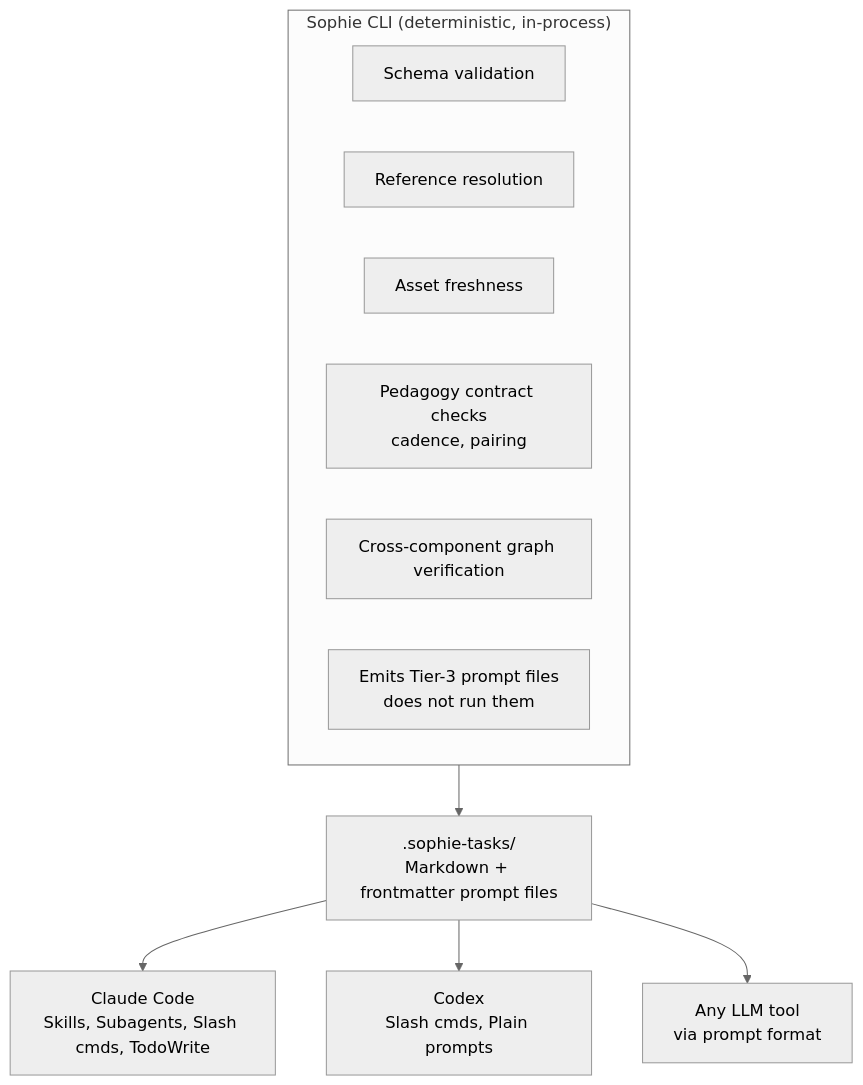
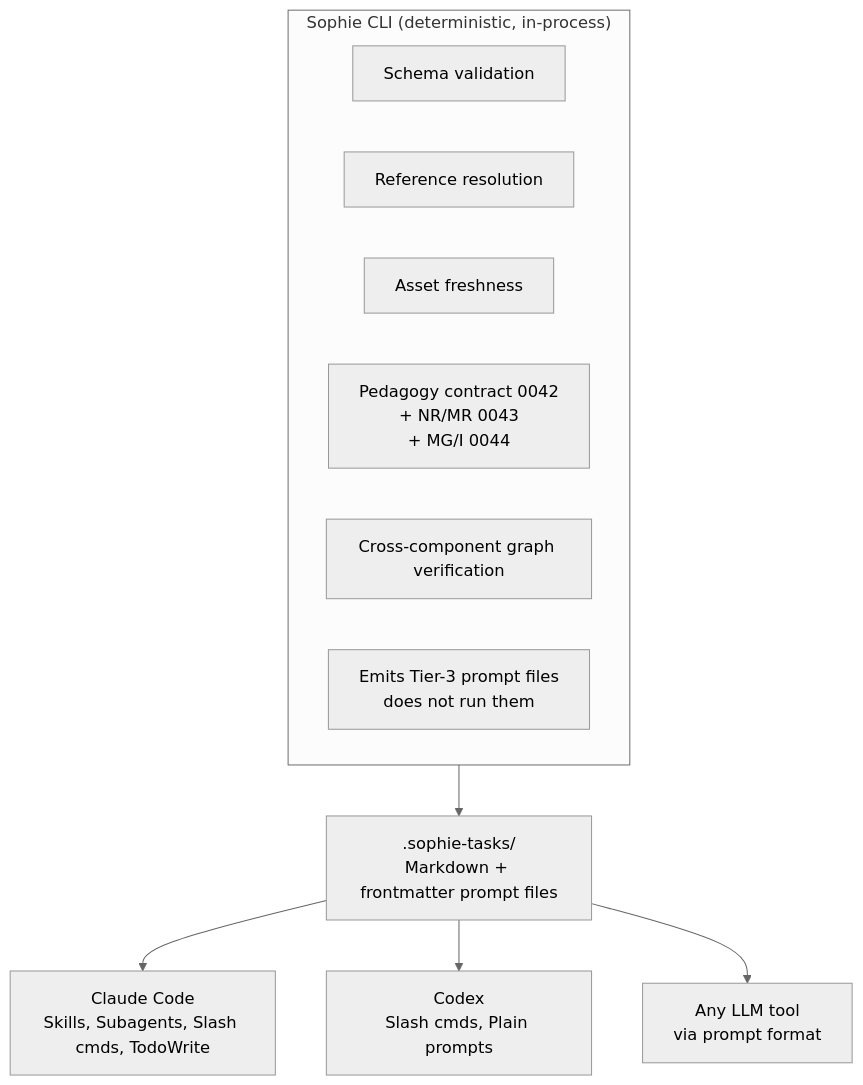
Before and after one commit to drannarosen/sophie: the diagram in docs/website/explanation/audit-and-ai-authoring.md, drawn with Mermaid (neutral theme). The commit also changed other lines of this file and 6 other files, not shown here.

````diff
--- a/docs/website/explanation/audit-and-ai-authoring.md
+++ b/docs/website/explanation/audit-and-ai-authoring.md
@@ -28,17 +28,17 @@
 ```{mermaid}
 flowchart TB
     subgraph Sophie["Sophie CLI (deterministic, in-process)"]
         S1[Schema validation]
         S2[Reference resolution]
         S3[Asset freshness]
-        S4[Pedagogy contract checks<br/>cadence, pairing]
+        S4[Pedagogy contract 0042<br/>+ NR/MR 0043<br/>+ MG/I 0044]
         S5[Cross-component graph verification]
         S6[Emits Tier-3 prompt files<br/>does not run them]
     end
 
     Sophie --> Files[".sophie-tasks/<br/>Markdown + frontmatter prompt files"]
 
     Files --> CC[Claude Code<br/>Skills, Subagents, Slash cmds, TodoWrite]
     Files --> Codex[Codex<br/>Slash cmds, Plain prompts]
     Files --> Other[Any LLM tool<br/>via prompt format]
 ```
````
